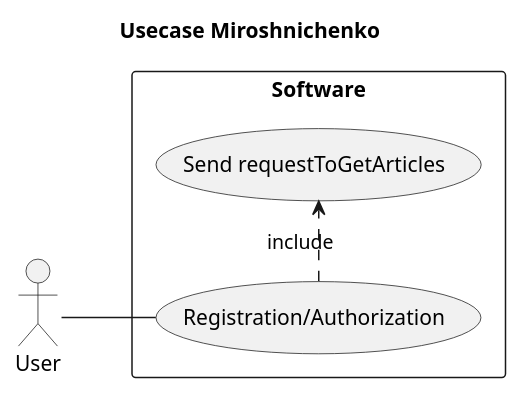
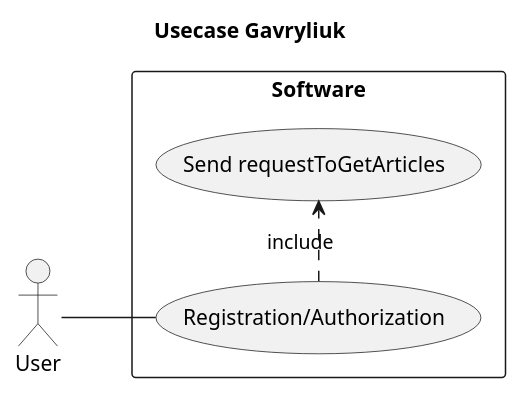
Before and after one commit to oleksandrblazhko/ai-214-gavrilyuk: the diagram in 2-SoftwareDesign/2.7-PlantUML/UML-UseCase.puml, drawn with PlantUML. The commit also changed 1 other file, not shown here.

Commit message:
fix diagramm

```diff
--- a/2-SoftwareDesign/2.7-PlantUML/UML-UseCase.puml
+++ b/2-SoftwareDesign/2.7-PlantUML/UML-UseCase.puml
@@ -1,16 +1,16 @@
 @startuml
 
-title Usecase Miroshnichenko
+title Usecase Gavryliuk
 left to right direction
 actor :User:
 
 rectangle Software {
 
     usecase (Registration/Authorization)
     usecase (Send requestToGetArticles)
 
    :User: -- (Registration/Authorization)
    (Registration/Authorization) .> (Send requestToGetArticles) : include
 }
 
 @enduml
```
